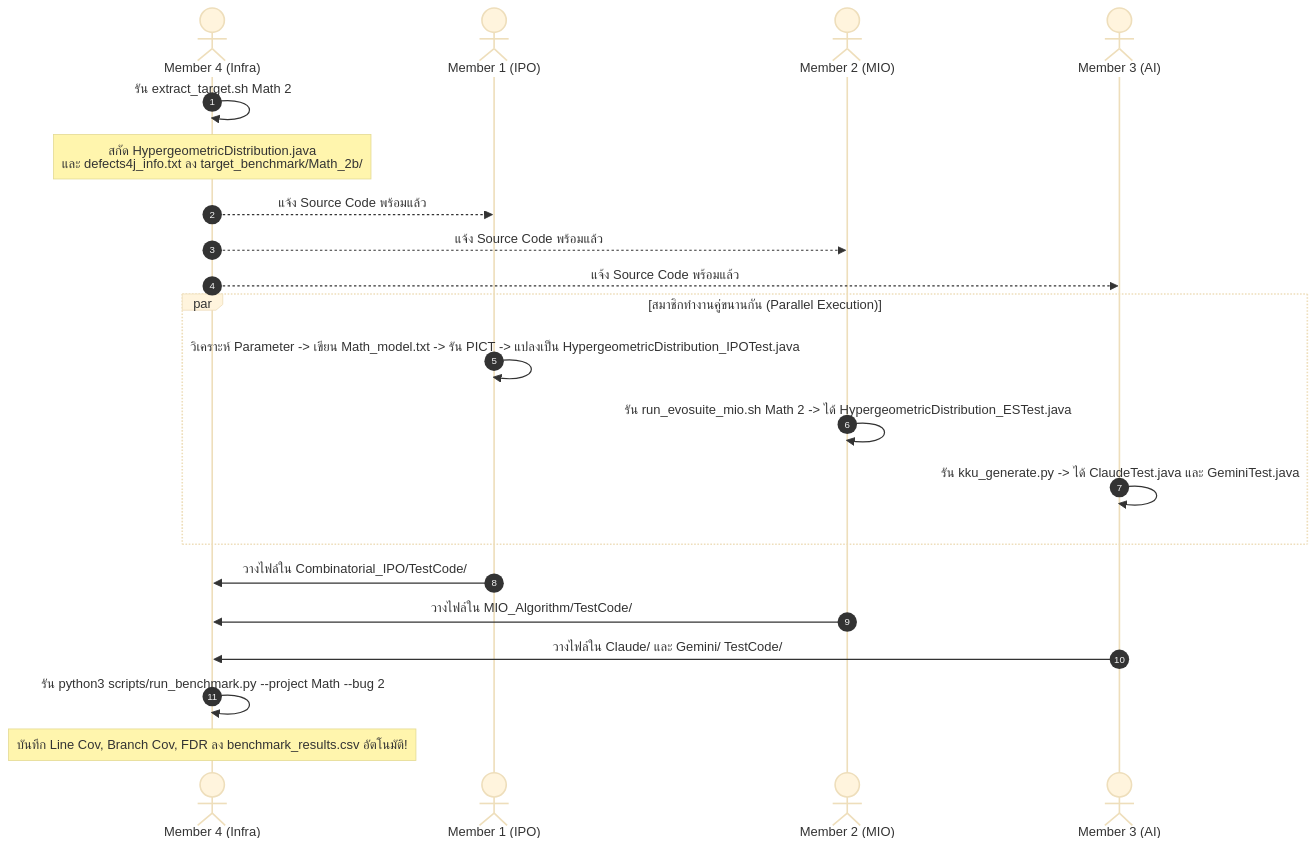
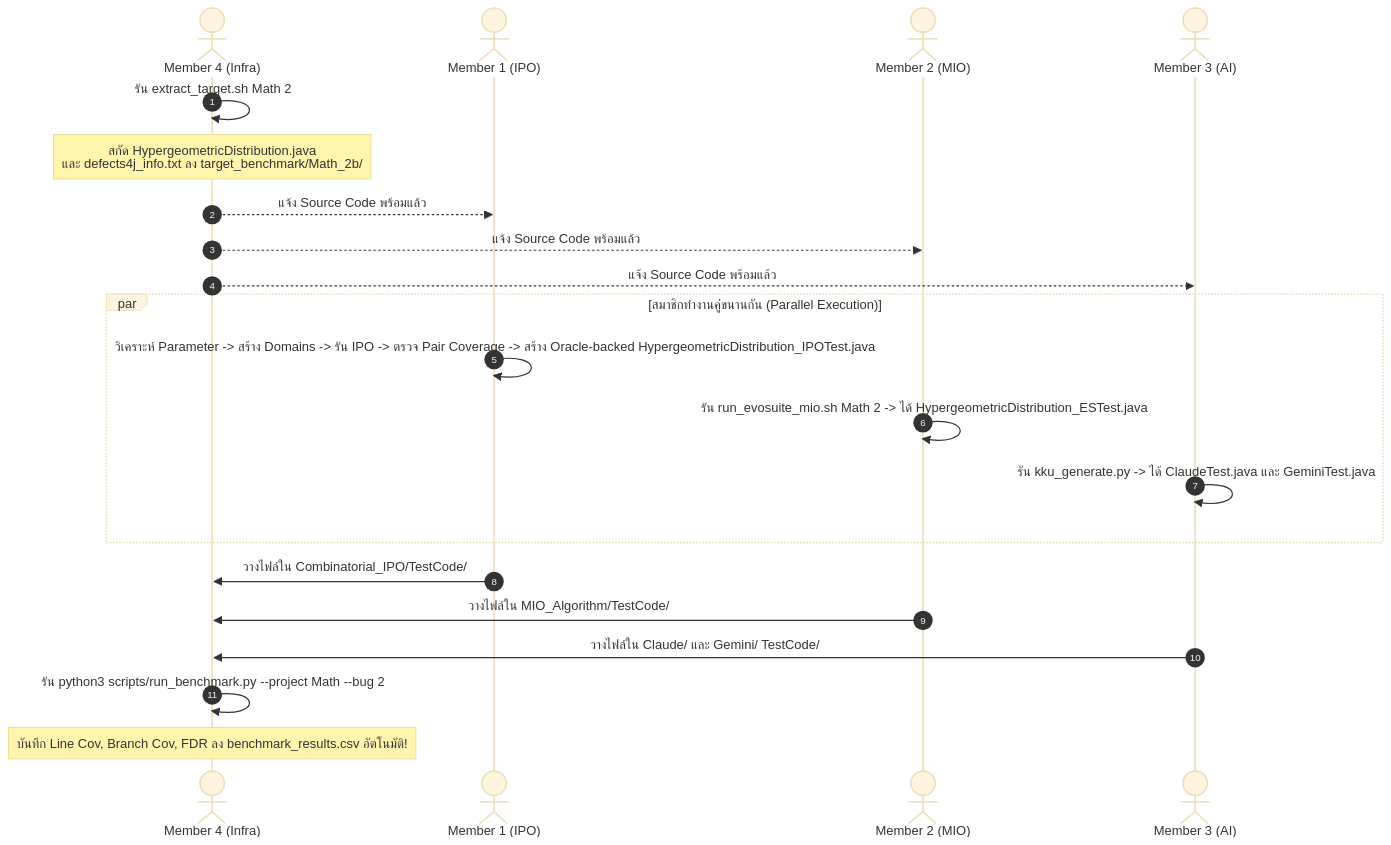
Before and after one commit to Bigzzz0/ProjectSQA: the fifth of 5 diagrams in TEAM_WORKFLOW_GUIDE.md, drawn with Mermaid (base theme). The commit also changed other lines of this file, not shown here.

Commit message:
docs(ipo): distinguish IPO implementation from PICT baseline

````diff
--- a/TEAM_WORKFLOW_GUIDE.md
+++ b/TEAM_WORKFLOW_GUIDE.md
@@ -868,27 +765,27 @@
 ```mermaid
 sequenceDiagram
     autonumber
     actor M4 as Member 4 (Infra)
     actor M1 as Member 1 (IPO)
     actor M2 as Member 2 (MIO)
     actor M3 as Member 3 (AI)
     
     M4->>M4: รัน extract_target.sh Math 2
     Note over M4: สกัด HypergeometricDistribution.java<br/>และ defects4j_info.txt ลง target_benchmark/Math_2b/
     M4-->>M1: แจ้ง Source Code พร้อมแล้ว
     M4-->>M2: แจ้ง Source Code พร้อมแล้ว
     M4-->>M3: แจ้ง Source Code พร้อมแล้ว
     
     par สมาชิกทำงานคู่ขนานกัน (Parallel Execution)
-        M1->>M1: วิเคราะห์ Parameter -> เขียน Math_model.txt -> รัน PICT -> แปลงเป็น HypergeometricDistribution_IPOTest.java
+        M1->>M1: วิเคราะห์ Parameter -> สร้าง Domains -> รัน IPO -> ตรวจ Pair Coverage -> สร้าง Oracle-backed HypergeometricDistribution_IPOTest.java
         M2->>M2: รัน run_evosuite_mio.sh Math 2 -> ได้ HypergeometricDistribution_ESTest.java
         M3->>M3: รัน kku_generate.py -> ได้ ClaudeTest.java และ GeminiTest.java
     end
     
     M1->>M4: วางไฟล์ใน Combinatorial_IPO/TestCode/
     M2->>M4: วางไฟล์ใน MIO_Algorithm/TestCode/
     M3->>M4: วางไฟล์ใน Claude/ และ Gemini/ TestCode/
     
     M4->>M4: รัน python3 scripts/run_benchmark.py --project Math --bug 2
     Note over M4: บันทึก Line Cov, Branch Cov, FDR ลง benchmark_results.csv อัตโนมัติ!
 ```
````
